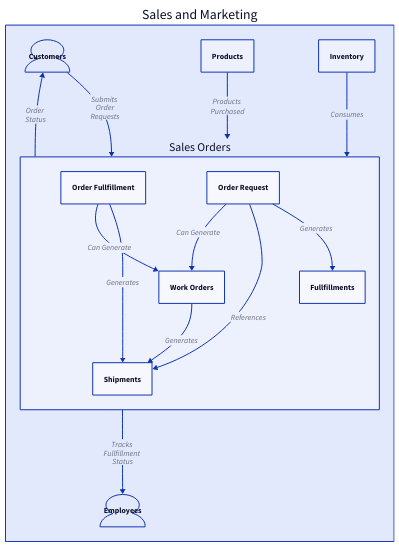
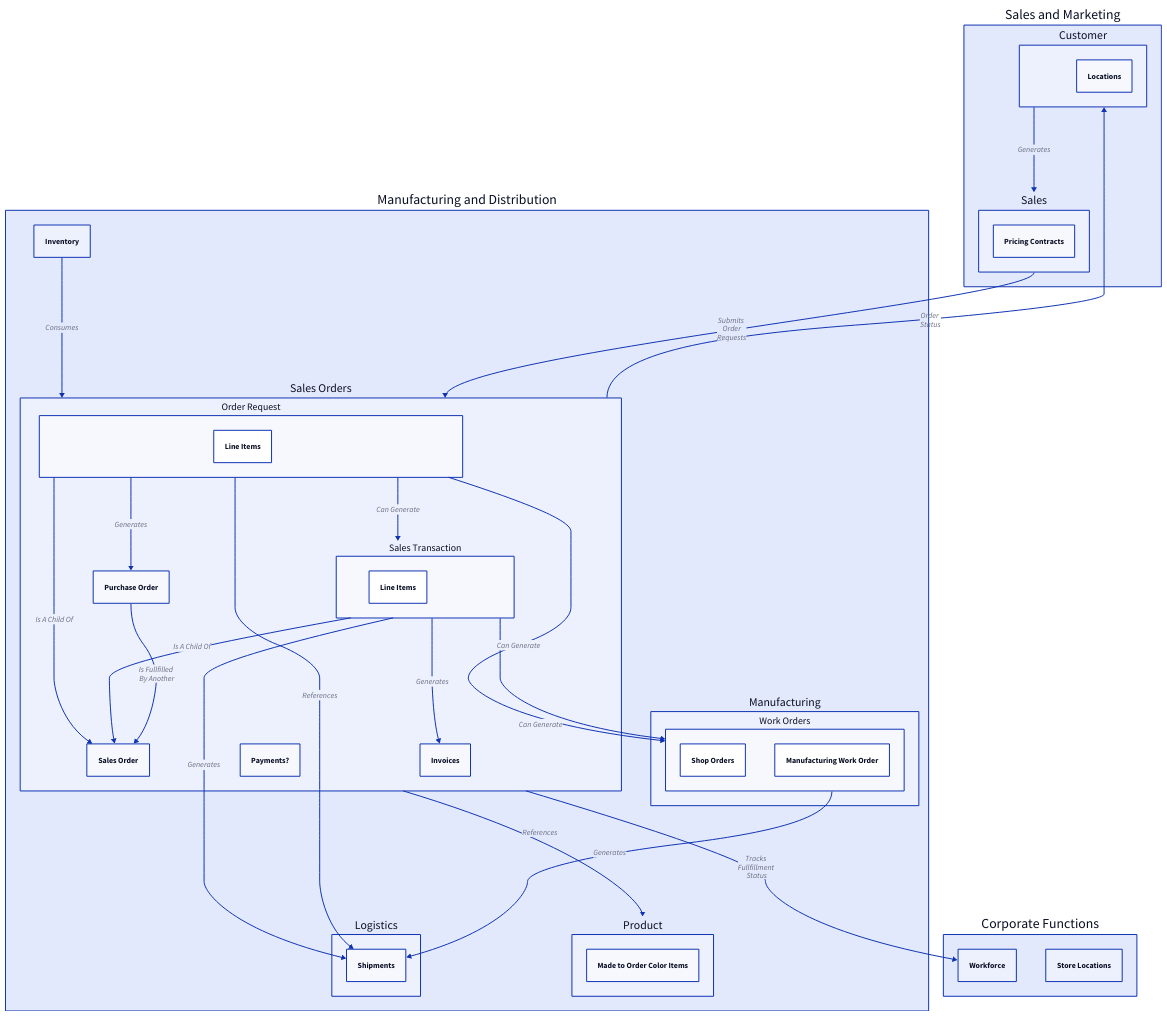
The diagram in Sales Order/SalesOrderExpanded.d2 (txd220/td_domain_context), drawn with D2 before and after one commit. The commit also changed 1 other file, not shown here.

```diff
--- a/Sales Order/SalesOrderExpanded.d2
+++ b/Sales Order/SalesOrderExpanded.d2
@@ -1,44 +1,82 @@
+direction: down
 Sales and Marketing: {
-    Customers: {
-        shape: Person
+    Customer: {
+        Locations
     }
-    Employees: {
-        shape: Person
+    Sales: {
+        Pricing Contracts
     }
+    Customer -> Sales: Generates
+}
+Corporate Functions: {
+    Workforce
+    Store Locations
+}
+Manufacturing and Distribution: {
+      
     Sales Orders: {
-        Order Request
-        Order Fullfillment
-        Work Orders
-        Shipments
-        Order Request -> Fullfillments: Generates
-        Order Fullfillment -> Shipments: Generates
-        Order Request -> Shipments: References
-        Order Request -> Work Orders: Can Generate
-        Order Fullfillment -> Work Orders: Can Generate
-        Work Orders -> Shipments: Generates
+        Sales Order
+        Order Request: {
+            Line Items
+        }     
+        Sales Transaction: {
+            Line Items
+        }
+        Invoices
+        Purchase Order
+        Payments?
+
+        Order Request -> Purchase Order: Generates        
+        Order Request -> Sales Transaction: Can Generate        
+        Order Request -> Sales Order: Is A Child Of
+        Sales Transaction -> Sales Order: Is A Child Of
+        Sales Transaction -> Invoices: Generates
     }
   
-    Products
+    Logistics: {
+        Shipments
+    }
+
+    Sales Orders.Purchase Order -> Sales Orders.Sales Order: |md
+    Is Fullfilled 
+    By Another
+    |
+        
+    Manufacturing: {
+        Work Orders: {
+            Shop Orders
+            Manufacturing Work Order
+        }
+    }
+
+    Product: {
+        Made to Order Color Items
+    }
+
+    Sales Orders -> Product: References
+    Sales Orders.Order Request -> Manufacturing.Work Orders: Can Generate
+    Sales Orders.Sales Transaction -> Manufacturing.Work Orders: Can Generate
+    Sales Orders.Sales Transaction -> Logistics.Shipments: Generates
+    Sales Orders.Order Request -> Logistics.Shipments: References
+    Manufacturing.Work Orders -> Logistics.Shipments: Generates
 
     Inventory
 
     Inventory -> Sales Orders: Consumes
-    Customers -> Sales Orders: |md
-     Submits 
-     Order
-     Requests
-    |
-    Sales Orders -> Customers: |md 
-    Order 
-    Status
-    |
-    Sales Orders -> Employees: |md 
-    Tracks 
-    Fullfillment 
-    Status
-    |
-    Products -> Sales Orders: |md
-    Products 
-    Purchased
-    |
+   
 }
+
+Sales and Marketing.Sales -> Manufacturing and Distribution.Sales Orders: |md
+Submits 
+Order
+Requests
+|
+Manufacturing and Distribution.Sales Orders -> Sales and Marketing.Customer: |md 
+Order 
+Status
+|
+Manufacturing and Distribution.Sales Orders -> Corporate Functions.Workforce: |md 
+Tracks 
+Fullfillment 
+Status
+|
```
